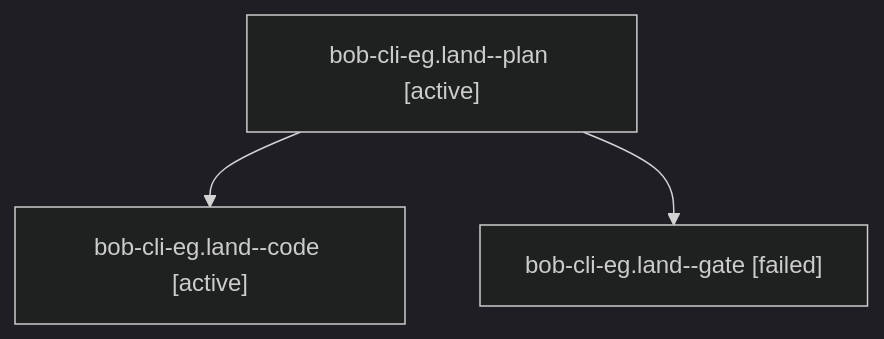
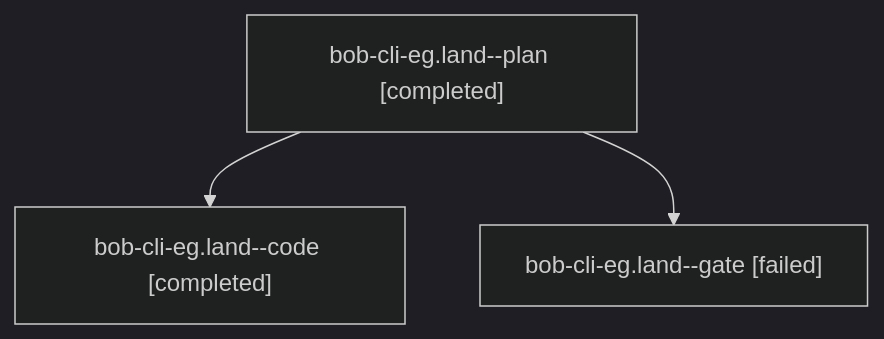
Before and after one commit to bobs-org/bob-cli--agents: the diagram in sessions/bbugyi200.athena.bob-cli-eg.land.md, drawn with Mermaid (dark theme). The commit also changed other lines of this file and 22 other files, not shown here.

````diff
--- a/sessions/bbugyi200.athena.bob-cli-eg.land.md
+++ b/sessions/bbugyi200.athena.bob-cli-eg.land.md
@@ -9,8 +9,8 @@
 ```mermaid
 flowchart TD
-  n0["bob-cli-eg.land--plan [active]"]
-  n1["bob-cli-eg.land--code [active]"]
+  n0["bob-cli-eg.land--plan [completed]"]
+  n1["bob-cli-eg.land--code [completed]"]
   n0 --> n1
   n2["bob-cli-eg.land--gate [failed]"]
   n0 --> n2
 ```
````
